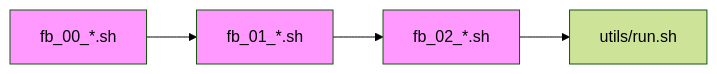
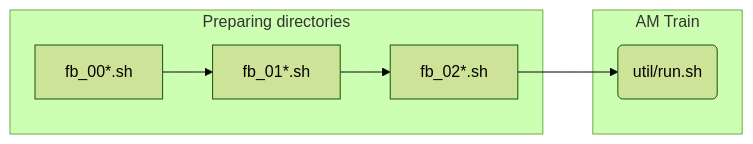
Before and after one commit to falabrasil/kaldi-br: the diagram in README.md, drawn with Mermaid (forest theme). The commit also changed other lines of this file, not shown here.

Commit message:
prettier, more-professional mermaid overview flowchart

````diff
--- a/README.md
+++ b/README.md
@@ -22,9 +16,12 @@
 ```mermaid
 graph LR;
-    A[fb_00_*.sh]-->B;
-    B[fb_01_*.sh]-->C;
-    C[fb_02_*.sh]-->D[utils/run.sh];
-    style A fill:#f9f
-    style B fill:#f9f
-    style C fill:#f9f
+    DataGraph --> TrainGraph
+    subgraph "AM Train"
+    TrainGraph("util/run.sh")
+    end
+    
+    subgraph "Preparing directories"
+    A[fb_00*.sh] --> B[fb_01*.sh]
+    B --> DataGraph[fb_02*.sh]
+    end
 ```
````
